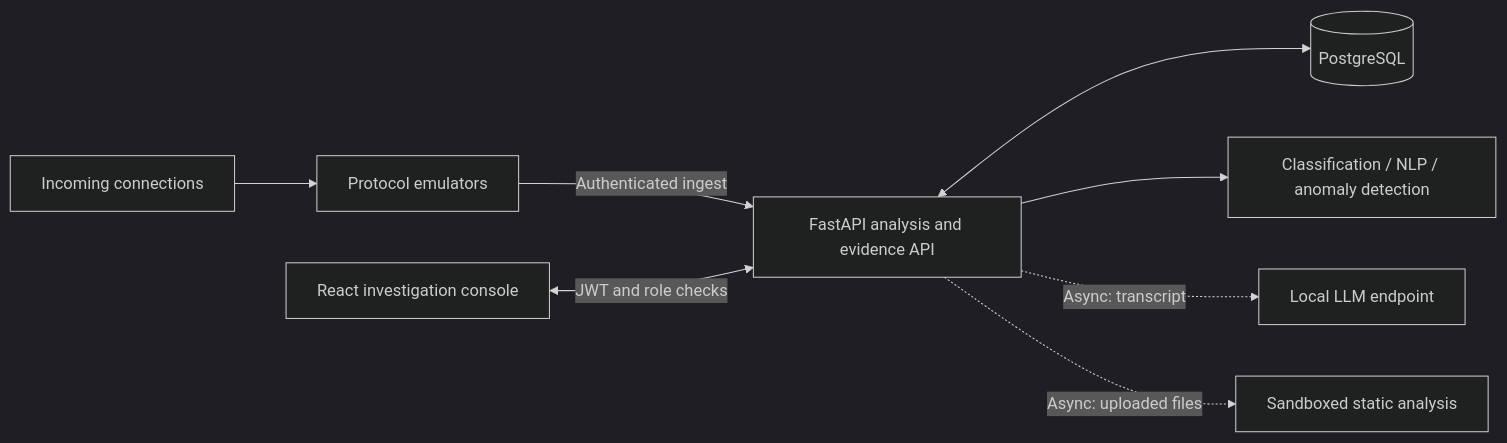
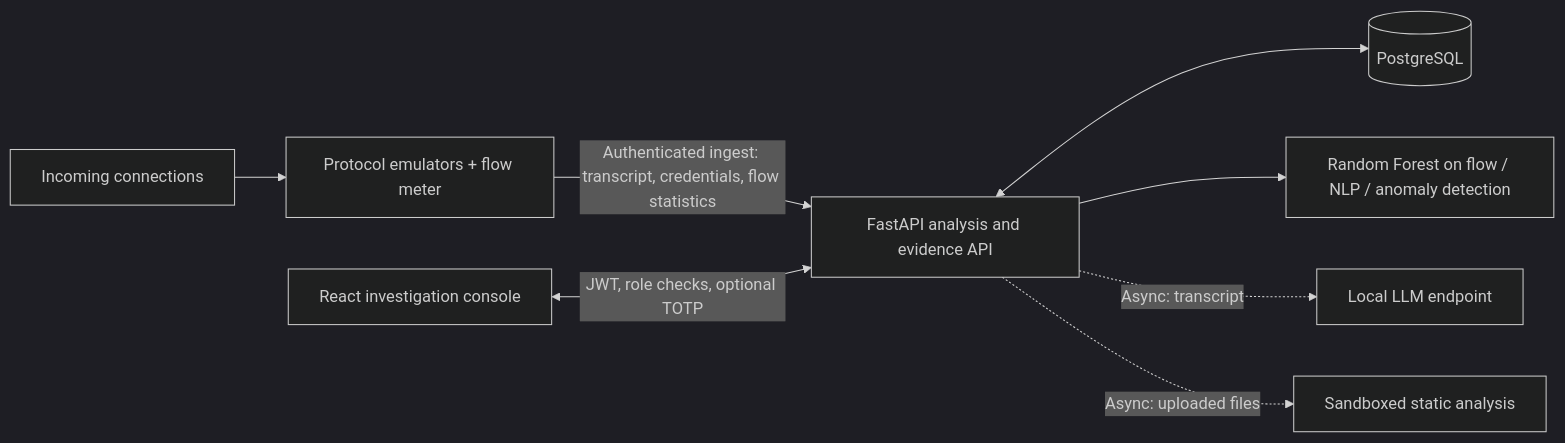
Before and after one commit to mandoof1/honeypot-ui: the diagram in README.md, drawn with Mermaid (dark theme). The commit also changed other lines of this file and 14 other files, not shown here.

````diff
--- a/README.md
+++ b/README.md
@@ -99,10 +167,10 @@
 ```mermaid
 flowchart LR
-    Traffic[Incoming connections] --> Engine[Protocol emulators]
-    Engine -->|Authenticated ingest| API[FastAPI analysis and evidence API]
+    Traffic[Incoming connections] --> Engine[Protocol emulators + flow meter]
+    Engine -->|Authenticated ingest: transcript, credentials, flow statistics| API[FastAPI analysis and evidence API]
     API <--> DB[(PostgreSQL)]
-    UI[React investigation console] <-->|JWT and role checks| API
-    API --> Analysis[Classification / NLP / anomaly detection]
+    UI[React investigation console] <-->|JWT, role checks, optional TOTP| API
+    API --> Analysis[Random Forest on flow / NLP / anomaly detection]
     API -. Async: transcript .-> LLM[Local LLM endpoint]
     API -. Async: uploaded files .-> Payload[Sandboxed static analysis]
 ```
````
